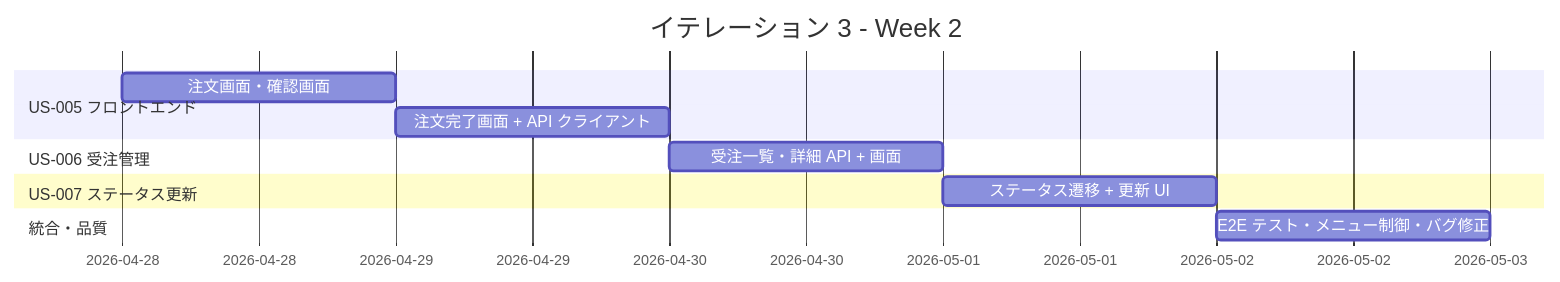
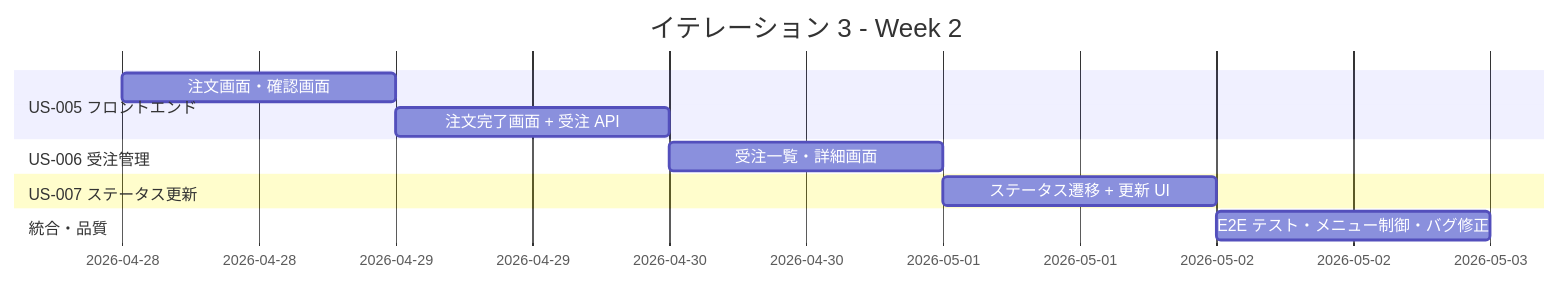
The second of 6 diagrams in docs/development/iteration_plan-3.md (k2works/case-study-sdd-development), drawn with Mermaid before and after one commit. The commit also changed other lines of this file and 1 other file, not shown here.

````diff
--- a/docs/development/iteration_plan-3.md
+++ b/docs/development/iteration_plan-3.md
@@ -182,14 +195,14 @@
 ```mermaid
 gantt
     title イテレーション 3 - Week 2
     dateFormat  YYYY-MM-DD
     section US-005 フロントエンド
     注文画面・確認画面                  :a1, 2026-04-28, 1d
-    注文完了画面 + API クライアント     :a2, after a1, 1d
+    注文完了画面 + 受注 API             :a2, after a1, 1d
     section US-006 受注管理
-    受注一覧・詳細 API + 画面          :u1, 2026-04-30, 1d
+    受注一覧・詳細画面                  :u1, 2026-04-30, 1d
     section US-007 ステータス更新
     ステータス遷移 + 更新 UI           :s1, 2026-05-01, 1d
     section 統合・品質
     E2E テスト・メニュー制御・バグ修正  :t1, 2026-05-02, 1d
 ```
````
